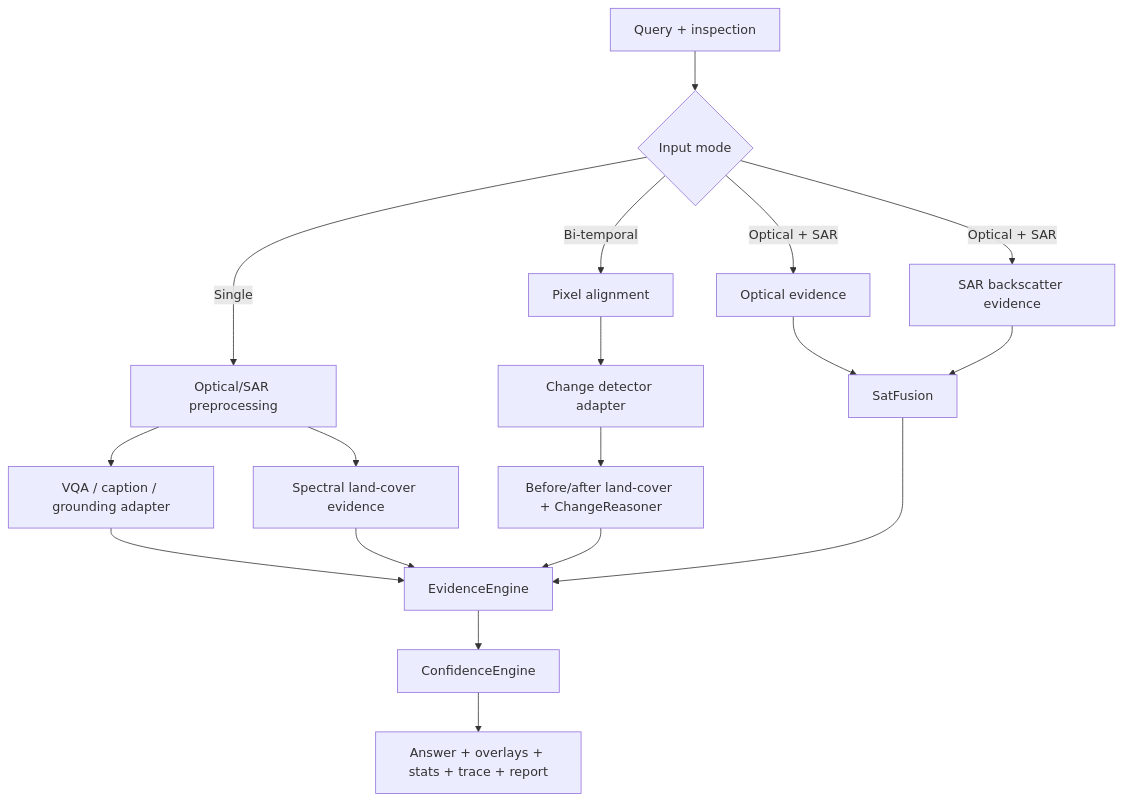
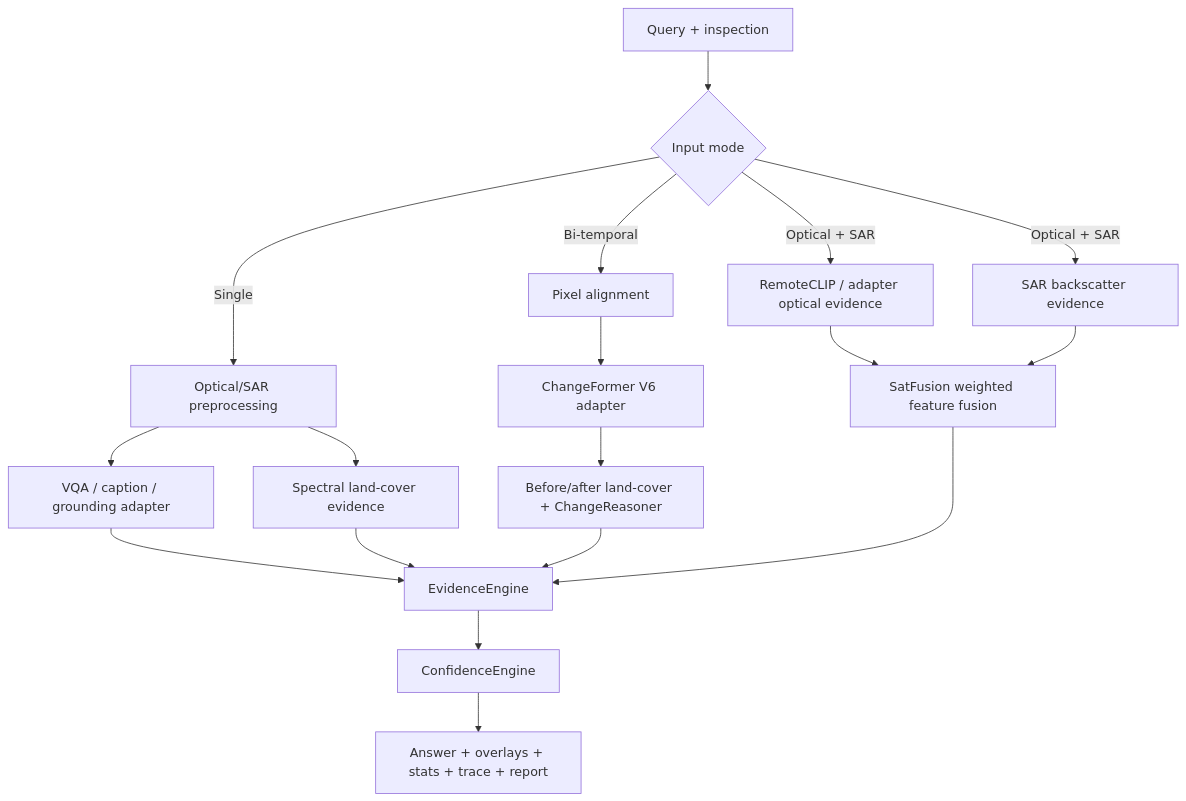
Before and after one commit to samsonjayaraju/SatQuery_AI: the second of 2 diagrams in docs/architecture.md, drawn with Mermaid. The commit also changed other lines of this file and 34 other files, not shown here.

````diff
--- a/docs/architecture.md
+++ b/docs/architecture.md
@@ -41,20 +41,20 @@
 ```mermaid
 flowchart TD
     Q[Query + inspection] --> R{Input mode}
     R -->|Single| S[Optical/SAR preprocessing]
     S --> VQA[VQA / caption / grounding adapter]
     S --> LC[Spectral land-cover evidence]
     R -->|Bi-temporal| A[Pixel alignment]
-    A --> CD[Change detector adapter]
+    A --> CD[ChangeFormer V6 adapter]
     CD --> CR[Before/after land-cover + ChangeReasoner]
-    R -->|Optical + SAR| O[Optical evidence]
+    R -->|Optical + SAR| O[RemoteCLIP / adapter optical evidence]
     R -->|Optical + SAR| SAR[SAR backscatter evidence]
-    O --> F[SatFusion]
+    O --> F[SatFusion weighted feature fusion]
     SAR --> F
     VQA --> E[EvidenceEngine]
     LC --> E
     CR --> E
     F --> E
     E --> C[ConfidenceEngine]
     C --> OUT[Answer + overlays + stats + trace + report]
 ```
````
